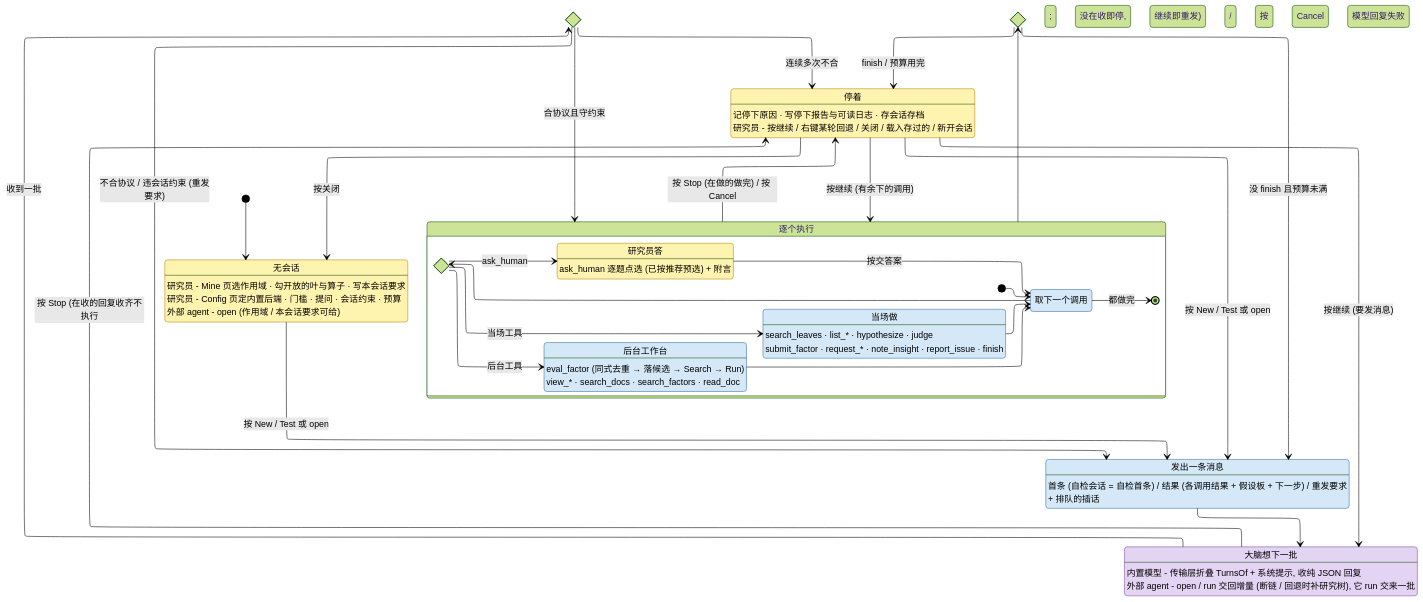
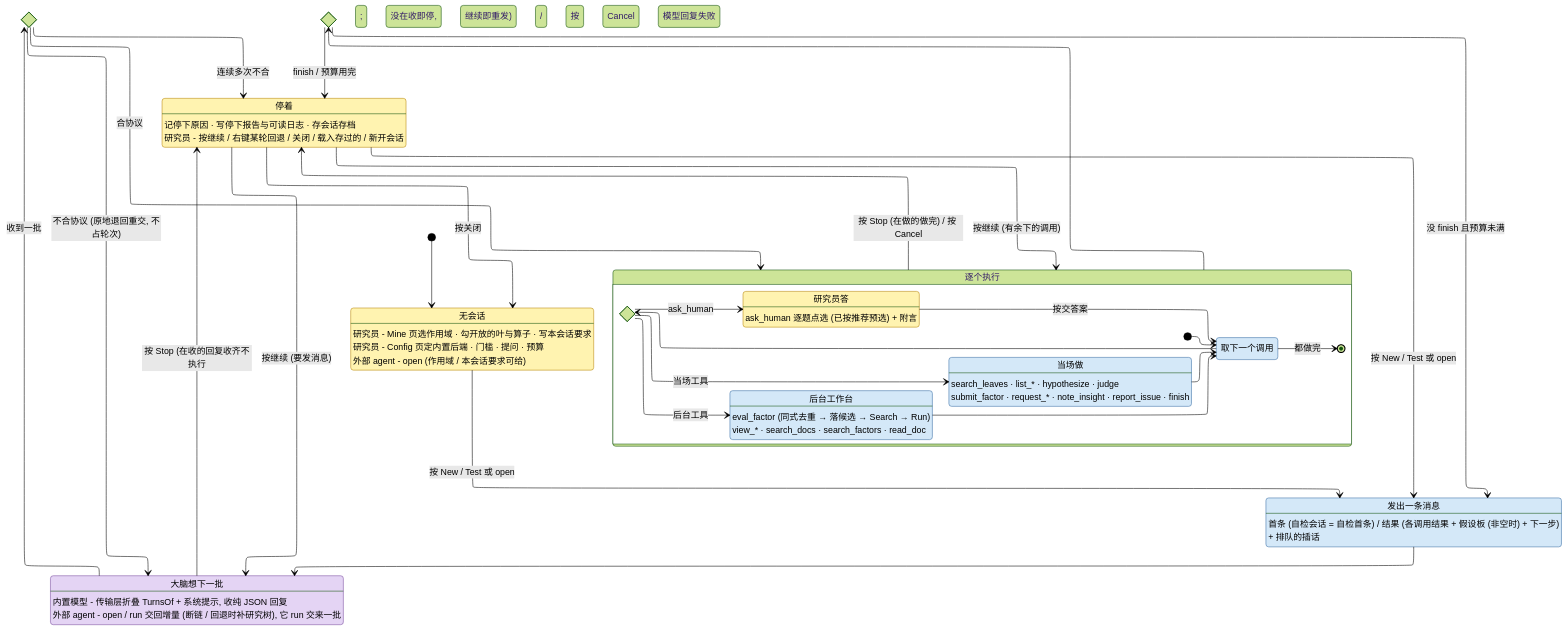
Before and after one commit to CoCoMilkyWay/stk: the diagram in AGENT.md, drawn with Mermaid (forest theme). The commit also changed other lines of this file and 86 other files, not shown here.

````diff
--- a/AGENT.md
+++ b/AGENT.md
@@ -70,76 +70,76 @@
 ```mermaid
 ---
 config:
   layout: elk
 ---
 stateDiagram-v2
     direction TB
 
     state "无会话" as None
     None : 研究员 - Mine 页选作用域 · 勾开放的叶与算子 · 写本会话要求
-    None : 研究员 - Config 页定内置后端 · 门槛 · 提问 · 会话约束 · 预算
+    None : 研究员 - Config 页定内置后端 · 门槛 · 提问 · 预算
     None : 外部 agent - open (作用域 / 本会话要求可给)
 
     state "发出一条消息" as Post
-    Post : 首条 (自检会话 = 自检首条) / 结果 (各调用结果 + 假设板 + 下一步) / 重发要求
+    Post : 首条 (自检会话 = 自检首条) / 结果 (各调用结果 + 假设板 (非空时) + 下一步)
     Post : + 排队的插话
 
     state "大脑想下一批" as Think
     Think : 内置模型 - 传输层折叠 TurnsOf + 系统提示, 收纯 JSON 回复
     Think : 外部 agent - open / run 交回增量 (断链 / 回退时补研究树), 它 run 交来一批
 
     state Format <<choice>>
 
     state "逐个执行" as Act {
         direction LR
         state "取下一个调用" as Next
         state Kind <<choice>>
         state "当场做" as Sync
         Sync : search_leaves · list_* · hypothesize · judge
         Sync : submit_factor · request_* · note_insight · report_issue · finish
         state "后台工作台" as Lab
         Lab : eval_factor (同式去重 → 落候选 → Search → Run)
         Lab : view_* · search_docs · search_factors · read_doc
         state "研究员答" as Choose
         Choose : ask_human 逐题点选 (已按推荐预选) + 附言
 
         [*] --> Next
         Next --> Kind
         Kind --> Sync : 当场工具
         Kind --> Lab : 后台工具
         Kind --> Choose : ask_human
         Sync --> Next
         Lab --> Next
         Choose --> Next : 按交答案
         Next --> [*] : 都做完
     }
     state Fin <<choice>>
 
     state "停着" as Pause
     Pause : 记停下原因 · 写停下报告与可读日志 · 存会话存档
     Pause : 研究员 - 按继续 / 右键某轮回退 / 关闭 / 载入存过的 / 新开会话
 
     [*] --> None
     None --> Post : 按 New / Test 或 open
     Post --> Think
     Think --> Format : 收到一批
-    Format --> Post : 不合协议 / 违会话约束 (重发要求)
-    Format --> Act : 合协议且守约束
+    Format --> Think : 不合协议 (原地退回重交, 不占轮次)
+    Format --> Act : 合协议
     Act --> Fin
     Fin --> Post : 没 finish 且预算未满
     Fin --> Pause : finish / 预算用完
     Format --> Pause : 连续多次不合
     Think --> Pause : 按 Stop (在收的回复收齐不执行; 没在收即停, 继续即重发) / 按 Cancel / 模型回复失败
     Act --> Pause : 按 Stop (在做的做完) / 按 Cancel
     Pause --> Think : 按继续 (要发消息)
     Pause --> Act : 按继续 (有余下的调用)
     Pause --> Post : 按 New / Test 或 open
     Pause --> None : 按关闭
 
     classDef human fill:#fff3b0,stroke:#b8860b,color:#000
     classDef brain fill:#e4d4f4,stroke:#7b4fa0,color:#000
     classDef sys fill:#d4e8f8,stroke:#3a6ea5,color:#000
     class None, Choose, Pause human
     class Think brain
     class Post, Next, Sync, Lab sys
 ```
````
